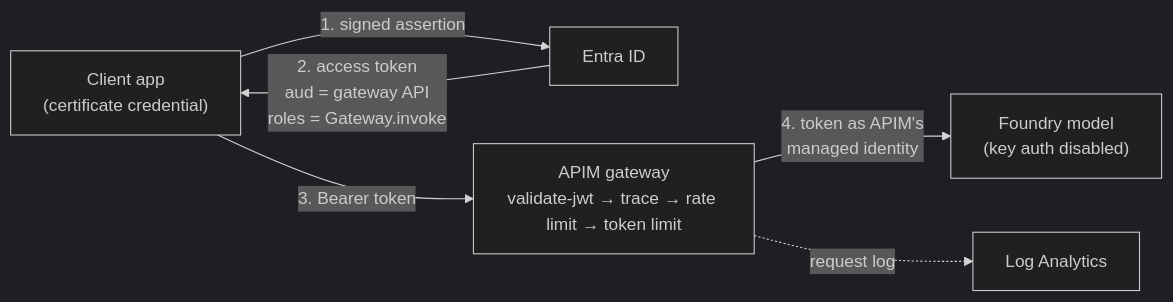
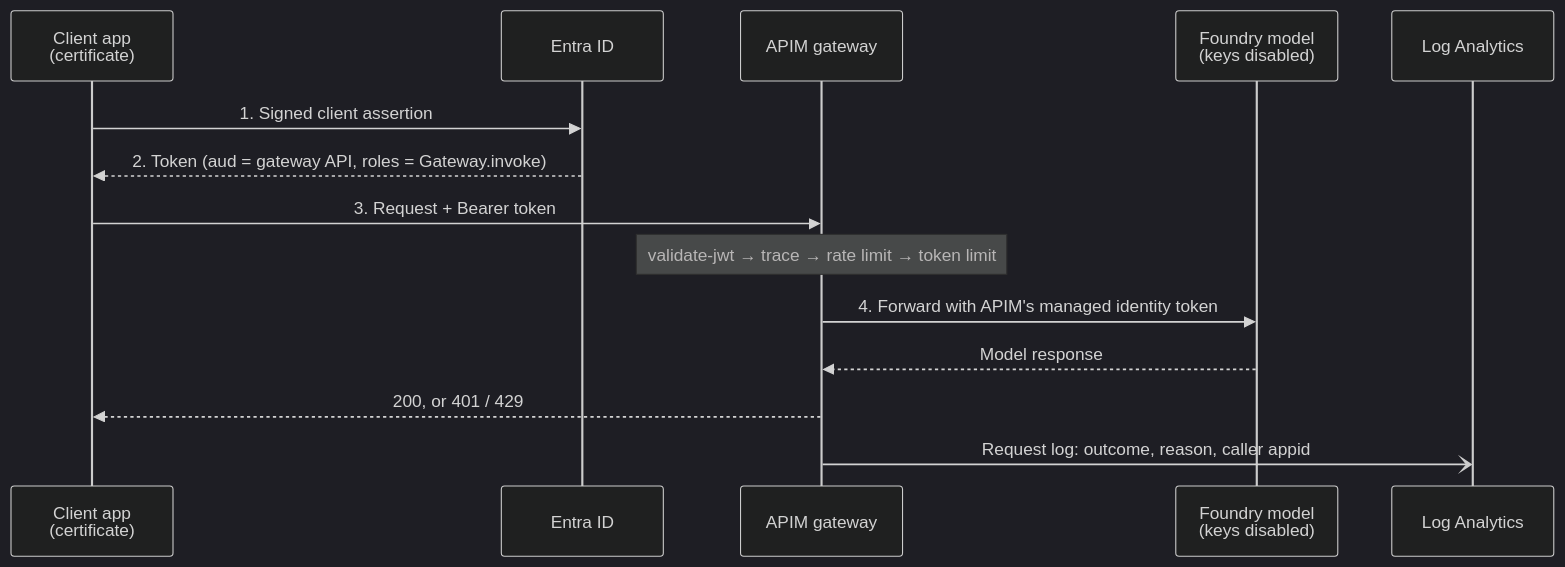
The diagram in docs/part2-ai-gateway.md (CyberneticJosh96/atributable-ai-agent), drawn with Mermaid (dark theme) before and after one commit. The commit also changed other lines of this file, not shown here.

Commit message:
Use sequence diagram for Part 2 architecture

````diff
--- a/docs/part2-ai-gateway.md
+++ b/docs/part2-ai-gateway.md
@@ -9,8 +9,16 @@
 ```mermaid
-flowchart LR
-    C["Client app<br/>(certificate credential)"] -- "1. signed assertion" --> E["Entra ID"]
-    E -- "2. access token<br/>aud = gateway API<br/>roles = Gateway.invoke" --> C
-    C -- "3. Bearer token" --> G["APIM gateway<br/>validate-jwt → trace → rate limit → token limit"]
-    G -- "4. token as APIM's<br/>managed identity" --> F["Foundry model<br/>(key auth disabled)"]
-    G -. "request log" .-> L["Log Analytics"]
+sequenceDiagram
+    participant C as Client app<br/>(certificate)
+    participant E as Entra ID
+    participant G as APIM gateway
+    participant F as Foundry model<br/>(keys disabled)
+    participant L as Log Analytics
+    C->>E: 1. Signed client assertion
+    E-->>C: 2. Token (aud = gateway API, roles = Gateway.invoke)
+    C->>G: 3. Request + Bearer token
+    Note over G: validate-jwt → trace → rate limit → token limit
+    G->>F: 4. Forward with APIM's managed identity token
+    F-->>G: Model response
+    G-->>C: 200, or 401 / 429
+    G-)L: Request log: outcome, reason, caller appid
 ```
````
